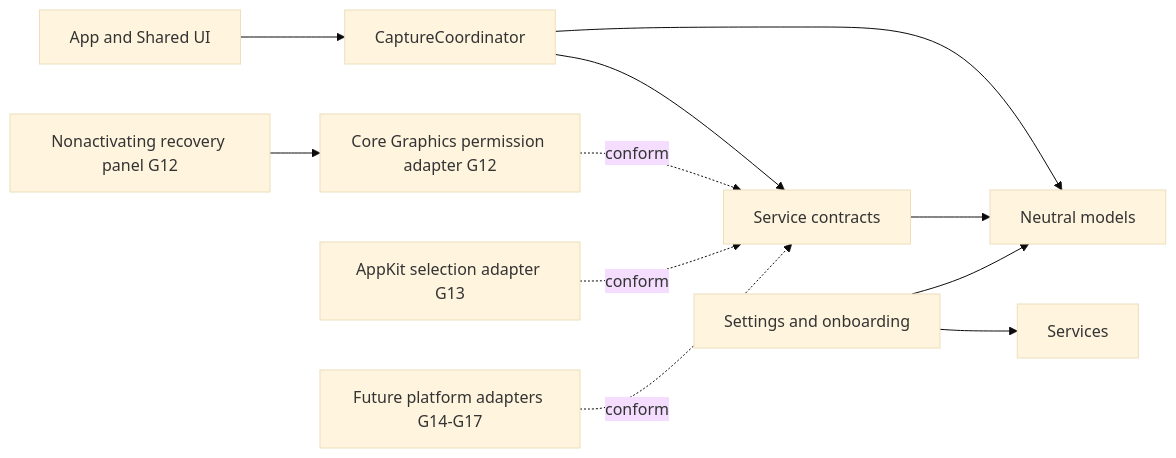
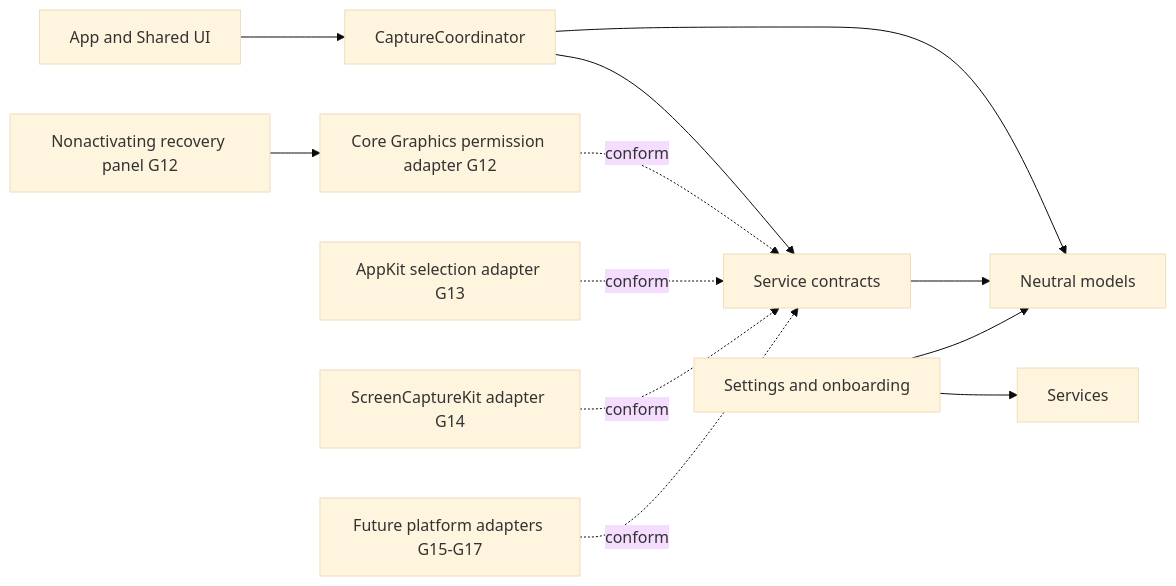
Before and after one commit to bennetthilberg/copylasso: the first of 2 diagrams in docs/architecture/overview.md, drawn with Mermaid (base theme). The commit also changed other lines of this file and 22 other files, not shown here.

````diff
--- a/docs/architecture/overview.md
+++ b/docs/architecture/overview.md
@@ -7,13 +7,14 @@
 ```mermaid
 flowchart LR
   App["App and Shared UI"] --> Coordinator["CaptureCoordinator"]
   Coordinator --> Contracts["Service contracts"]
   Coordinator --> Models["Neutral models"]
   Contracts --> Models
   Settings["Settings and onboarding"] --> Services
   Settings --> Models
   Permission["Core Graphics permission adapter G12"] -. conform .-> Contracts
   Recovery["Nonactivating recovery panel G12"] --> Permission
   Selection["AppKit selection adapter G13"] -. conform .-> Contracts
-  Adapters["Future platform adapters G14-G17"] -. conform .-> Contracts
+  Capture["ScreenCaptureKit adapter G14"] -. conform .-> Contracts
+  Adapters["Future platform adapters G15-G17"] -. conform .-> Contracts
 ```
````
